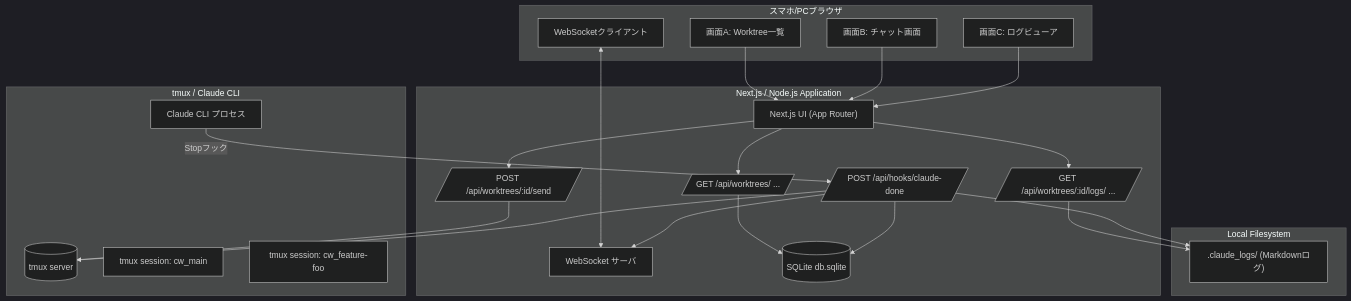
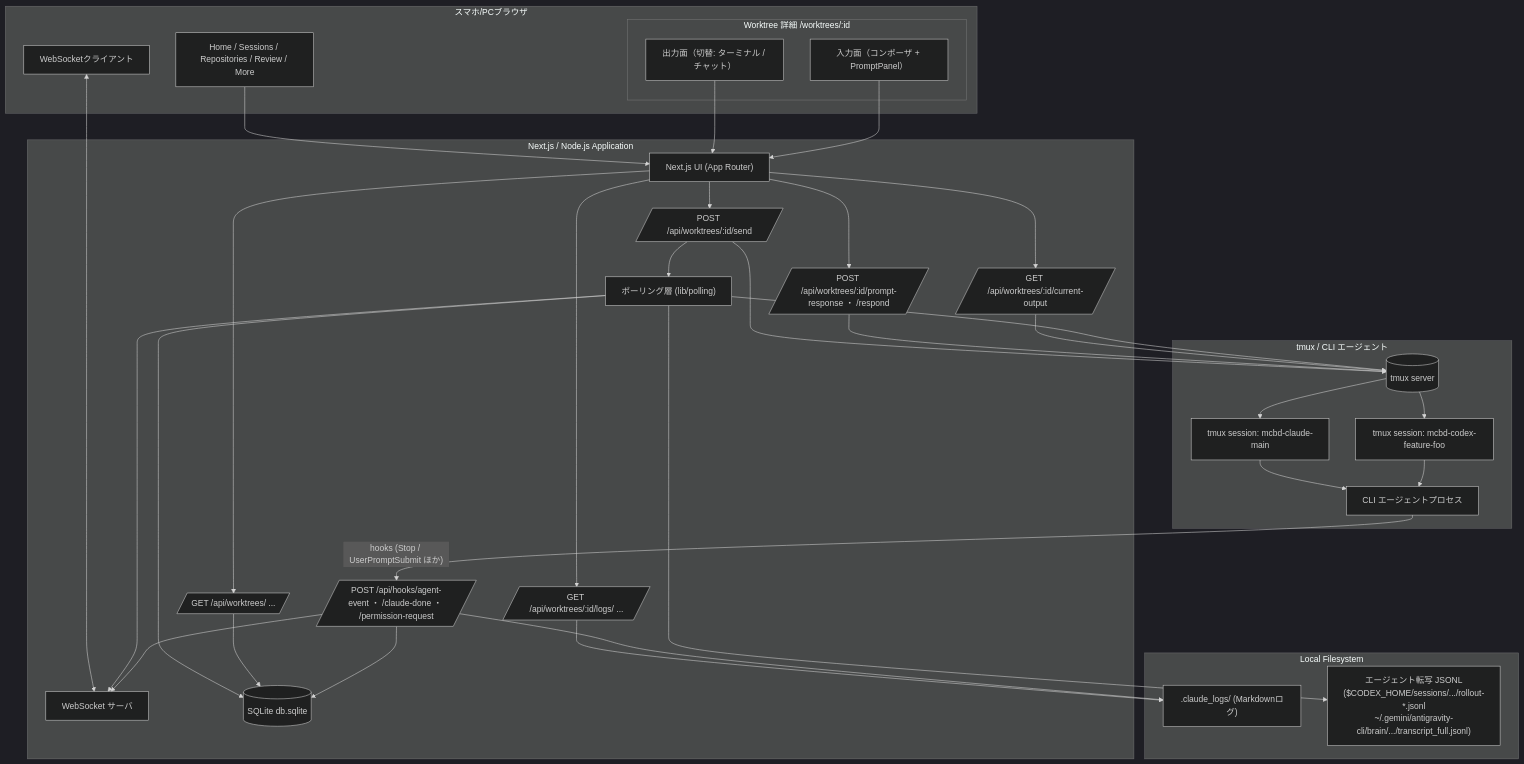
Before and after one commit to Kewton/CommandMate: the first of 5 diagrams in docs/architecture.md, drawn with Mermaid (dark theme). The commit also changed other lines of this file and 241 other files, not shown here.

````diff
--- a/docs/architecture.md
+++ b/docs/architecture.md
@@ -90,50 +98,69 @@
 ```mermaid
 graph TD
     subgraph Browser["スマホ/PCブラウザ"]
-        UI_A[画面A: Worktree一覧]
-        UI_B[画面B: チャット画面]
-        UI_C[画面C: ログビューア]
+        UI_Nav["Home / Sessions / Repositories / Review / More"]
+        subgraph UI_WT["Worktree 詳細 /worktrees/:id"]
+            UI_Out["出力面（切替: ターミナル / チャット）"]
+            UI_In["入力面（コンポーザ + PromptPanel）"]
+        end
         UI_WS[WebSocketクライアント]
     end
 
     subgraph Next["Next.js / Node.js Application"]
         App["Next.js UI (App Router)"]
-        API_Send[/POST /api/worktrees/:id/send/]
-        API_WT[/GET /api/worktrees/ .../]
-        API_Hook[/POST /api/hooks/claude-done/]
-        API_Logs[/GET /api/worktrees/:id/logs/ .../]
+        API_Send[/"POST /api/worktrees/:id/send"/]
+        API_Out[/"GET /api/worktrees/:id/current-output"/]
+        API_Answer[/"POST /api/worktrees/:id/prompt-response ・ /respond"/]
+        API_WT[/"GET /api/worktrees/ ..."/]
+        API_Hook[/"POST /api/hooks/agent-event ・ /claude-done ・ /permission-request"/]
+        API_Logs[/"GET /api/worktrees/:id/logs/ ..."/]
+        Poll["ポーリング層 (lib/polling)"]
         WS_Server[WebSocket サーバ]
         DB[(SQLite db.sqlite)]
     end
 
-    subgraph TmuxClaude["tmux / Claude CLI"]
+    subgraph TmuxAgents["tmux / CLI エージェント"]
         T[(tmux server)]
-        S1[tmux session: cw_main]
-        S2[tmux session: cw_feature-foo]
-        CL1[Claude CLI プロセス]
+        S1["tmux session: mcbd-claude-main"]
+        S2["tmux session: mcbd-codex-feature-foo"]
+        CL1["CLI エージェントプロセス"]
     end
 
     subgraph FS["Local Filesystem"]
         Logs[".claude_logs/ (Markdownログ)"]
+        Trans["エージェント転写 JSONL<br/>($CODEX_HOME/sessions/.../rollout-*.jsonl<br/>~/.gemini/antigravity-cli/brain/.../transcript_full.jsonl)"]
     end
 
-    UI_A --> App
-    UI_B --> App
-    UI_C --> App
+    UI_Nav --> App
+    UI_Out --> App
+    UI_In --> App
     UI_WS <---> WS_Server
 
     App --> API_WT
     App --> API_Send
+    App --> API_Out
+    App --> API_Answer
     App --> API_Logs
 
     API_Send --> T
-    API_Hook --> T
+    API_Answer --> T
+    API_Out --> T
+    API_Send --> Poll
+    Poll --> T
+    Poll --> DB
+    Poll --> WS_Server
 
     API_WT --> DB
     API_Logs --> Logs
     API_Hook --> DB
     API_Hook --> Logs
     API_Hook --> WS_Server
+    Poll --> Trans
 
-    CL1 -->|"Stopフック"| API_Hook
+    T --> S1
+    T --> S2
+    S1 --> CL1
+    S2 --> CL1
+
+    CL1 -->|"hooks (Stop / UserPromptSubmit ほか)"| API_Hook
 ```
````
